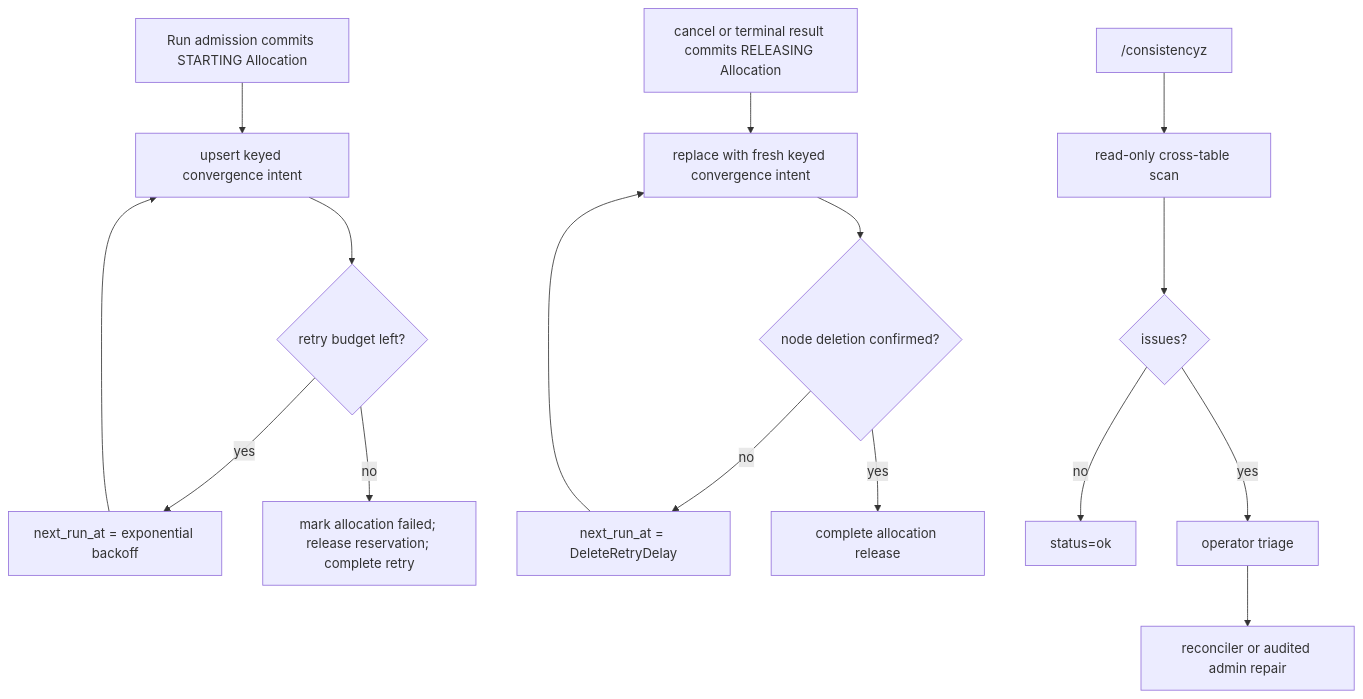
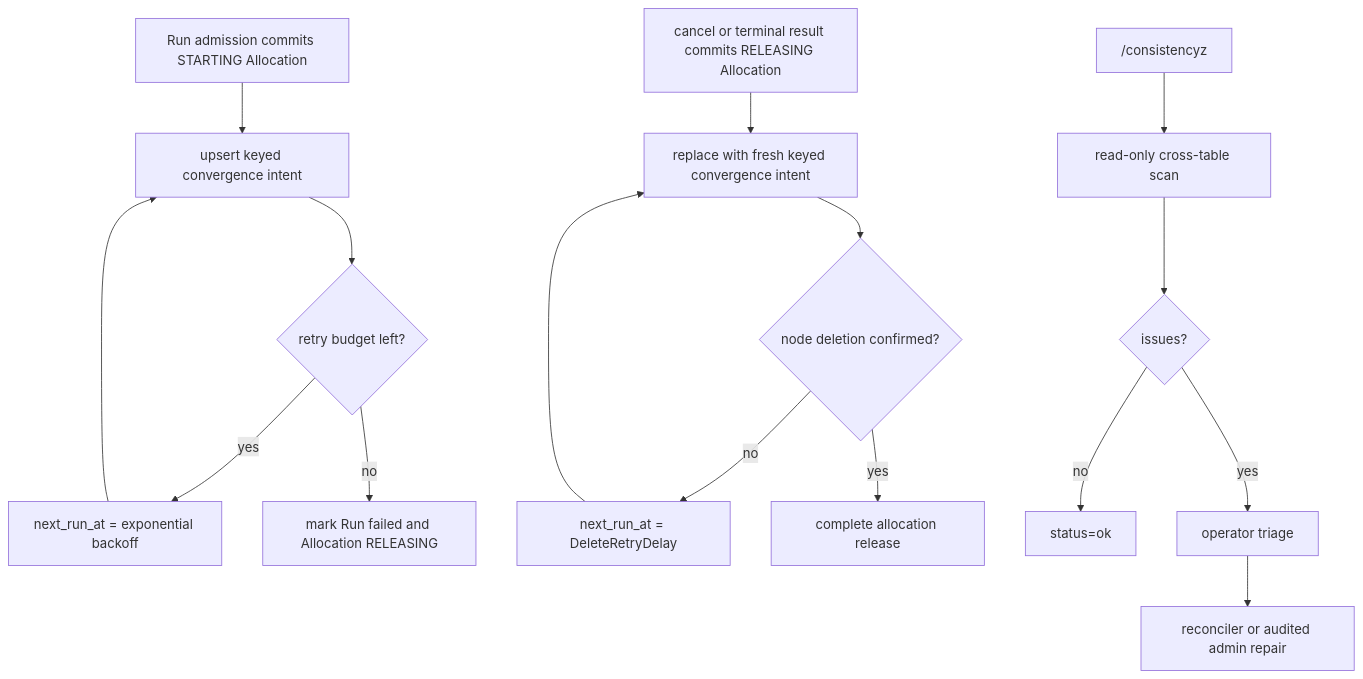
The diagram in control/controld/docs/node-placement-and-leases.md (cofy-x/axern), drawn with Mermaid before and after one commit. The commit also changed other lines of this file and 265 other files, not shown here.

````diff
--- a/control/controld/docs/node-placement-and-leases.md
+++ b/control/controld/docs/node-placement-and-leases.md
@@ -83,20 +83,20 @@
 ```mermaid
 flowchart TD
   A["Run admission commits STARTING Allocation"] --> B["upsert keyed convergence intent"]
   B --> C{"retry budget left?"}
   C -- yes --> D["next_run_at = exponential backoff"]
   D --> B
-  C -- no --> E["mark allocation failed; release reservation; complete retry"]
+  C -- no --> E["mark Run failed and Allocation RELEASING"]
 
   F["cancel or terminal result commits RELEASING Allocation"] --> G["replace with fresh keyed convergence intent"]
   G --> H{"node deletion confirmed?"}
   H -- no --> I["next_run_at = DeleteRetryDelay"]
   I --> G
   H -- yes --> J["complete allocation release"]
 
   K["/consistencyz"] --> L["read-only cross-table scan"]
   L --> M{"issues?"}
   M -- no --> N["status=ok"]
   M -- yes --> O["operator triage"]
   O --> P["reconciler or audited admin repair"]
 ```
````
